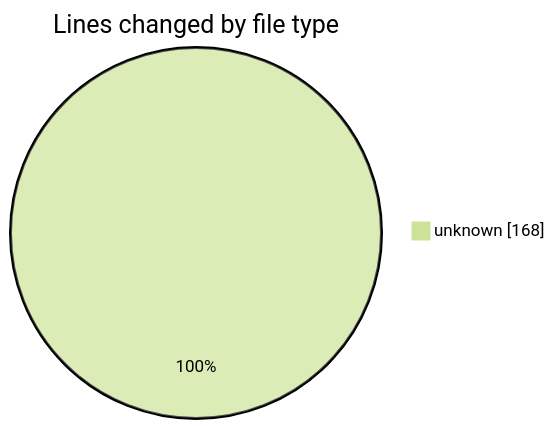
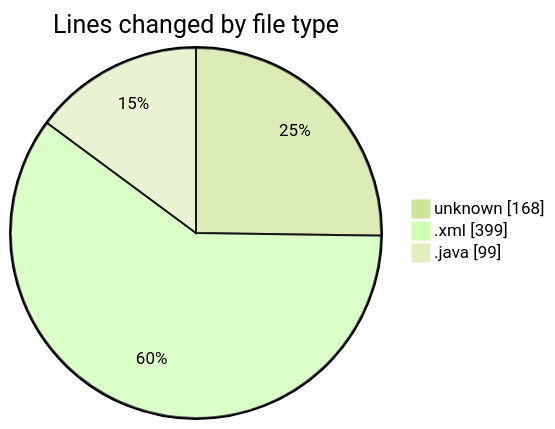
Before and after one commit to charlie-sans/code-tracking: the first of 2 diagrams in 2025-02-24/micros/README.md, drawn with Mermaid (forest theme). The commit also changed other lines of this file and 1 other file, not shown here.

````diff
--- a/2025-02-24/micros/README.md
+++ b/2025-02-24/micros/README.md
@@ -20,5 +22,7 @@
 ```mermaid
 pie showData
 title Lines changed by file type
 "unknown" : 168
+".xml" : 399
+".java" : 99
 ```
````
